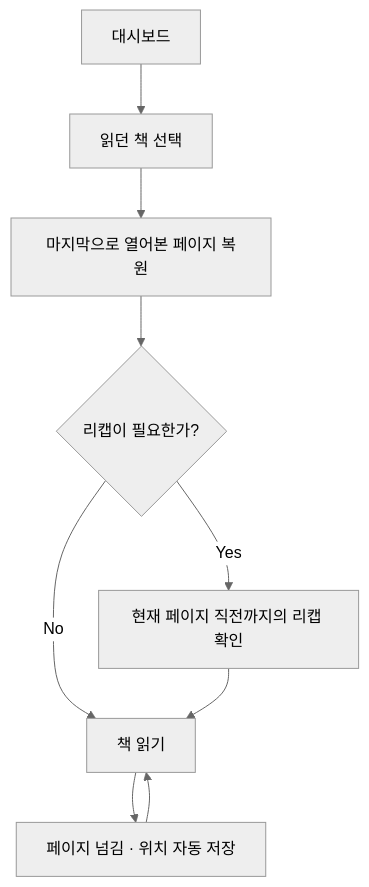
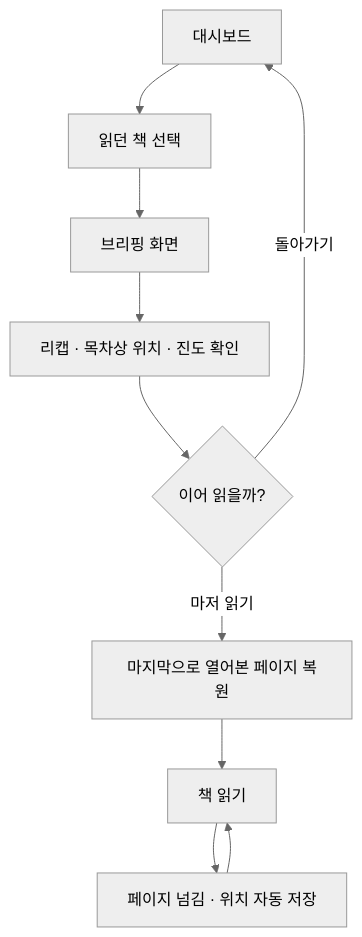
Before and after one commit to yemoyang9-a11y/GBSA_AWS_Readd: the first of 4 diagrams in UserFlow.md, drawn with Mermaid (neutral theme). The commit also changed other lines of this file and 6 other files, not shown here.

````diff
--- a/UserFlow.md
+++ b/UserFlow.md
@@ -20,11 +32,12 @@
 ```mermaid
 flowchart TD
     A[대시보드] --> B[읽던 책 선택]
-    B --> C[마지막으로 열어본 페이지 복원]
-    C --> D{리캡이 필요한가?}
-    D -->|Yes| E[현재 페이지 직전까지의 리캡 확인]
-    D -->|No| F[책 읽기]
-    E --> F
-    F --> G[페이지 넘김 · 위치 자동 저장]
-    G --> F
+    B --> C[브리핑 화면]
+    C --> D[리캡 · 목차상 위치 · 진도 확인]
+    D --> E{이어 읽을까?}
+    E -->|마저 읽기| F[마지막으로 열어본 페이지 복원]
+    E -->|돌아가기| A
+    F --> G[책 읽기]
+    G --> H[페이지 넘김 · 위치 자동 저장]
+    H --> G
 ```
````
